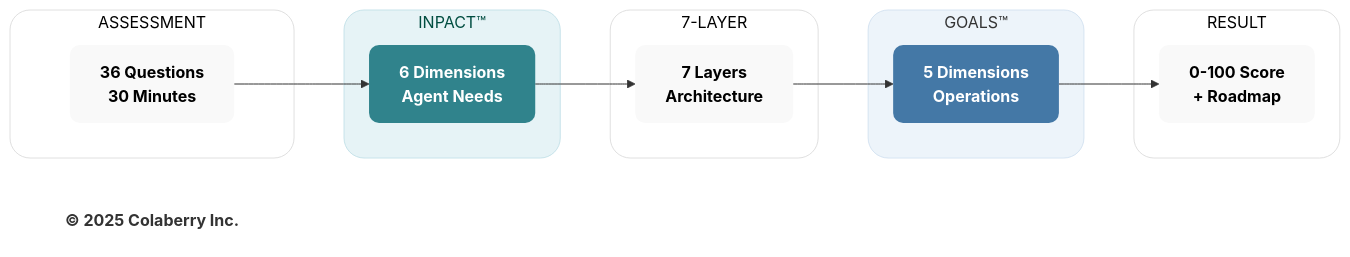
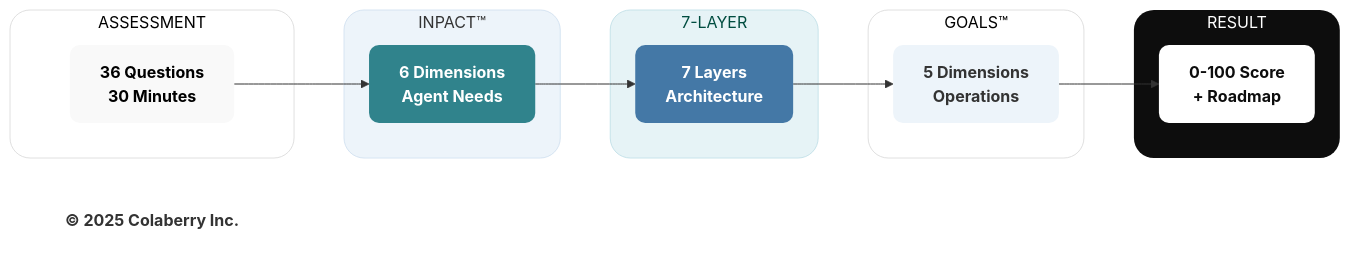
One commit to saitejesh-cyber/trust-before-intelligence-book changed the diagram in mermaid-source/figure-9-2.mmd. Above: the diagram before and after it, drawn with Mermaid. The commit also changed 21 other files, not shown here.

Commit message:
Address Ram feedback for Chapter 4-9 figure palette alignment

```diff
--- a/mermaid-source/figure-9-2.mmd
+++ b/mermaid-source/figure-9-2.mmd
@@ -1,36 +1,36 @@
 graph LR
     subgraph ASSESS["ASSESSMENT"]
         A1["<b>36 Questions</b><br/><b>30 Minutes</b>"]
     end
     
     subgraph INPACT["INPACT™"]
         I1["<b>6 Dimensions</b><br/><b>Agent Needs</b>"]
     end
     
     subgraph ARCH["7-LAYER"]
         A2["<b>7 Layers</b><br/><b>Architecture</b>"]
     end
     
     subgraph GOALS["GOALS™"]
         G1["<b>5 Dimensions</b><br/><b>Operations</b>"]
     end
     
     subgraph RESULT["RESULT"]
         R1["<b>0-100 Score</b><br/><b>+ Roadmap</b>"]
     end
     
     A1 --> I1 --> A2 --> G1 --> R1
     
     Copyright["<b>© 2025 Colaberry Inc.</b>"]
     
     style ASSESS fill:#ffffff,stroke:#e0e0e0,stroke-width:1px,color:#000000,rx:20,ry:20
-    style INPACT fill:#e6f3f6,stroke:#c7e3ea,stroke-width:1px,color:#004d40,rx:20,ry:20
-    style ARCH fill:#ffffff,stroke:#e0e0e0,stroke-width:1px,color:#000000,rx:20,ry:20
-    style GOALS fill:#edf4fa,stroke:#d6e4f2,stroke-width:1px,color:#333333,rx:20,ry:20
-    style RESULT fill:#ffffff,stroke:#e0e0e0,stroke-width:1px,color:#000000,rx:20,ry:20
+    style INPACT fill:#edf4fa,stroke:#d6e4f2,stroke-width:1px,color:#333333,rx:20,ry:20
+    style ARCH fill:#e6f3f6,stroke:#c7e3ea,stroke-width:1px,color:#004d40,rx:20,ry:20
+    style GOALS fill:#ffffff,stroke:#e0e0e0,stroke-width:1px,color:#000000,rx:20,ry:20
+    style RESULT fill:#0D0D0D,stroke:none,color:#ffffff,rx:20,ry:20
     style A1 fill:#f9f9f9,stroke:none,color:#000000,rx:10,ry:10
     style I1 fill:#30838C,stroke:none,color:#ffffff,rx:10,ry:10
-    style A2 fill:#f9f9f9,stroke:none,color:#000000,rx:10,ry:10
-    style G1 fill:#4478A6,stroke:none,color:#ffffff,rx:10,ry:10
-    style R1 fill:#f9f9f9,stroke:none,color:#000000,rx:10,ry:10
+    style A2 fill:#4478A6,stroke:none,color:#ffffff,rx:10,ry:10
+    style G1 fill:#edf4fa,stroke:none,color:#333333,rx:10,ry:10
+    style R1 fill:#ffffff,stroke:none,color:#0D0D0D,rx:10,ry:10
     style Copyright fill:none,stroke:none,color:#333333
```
